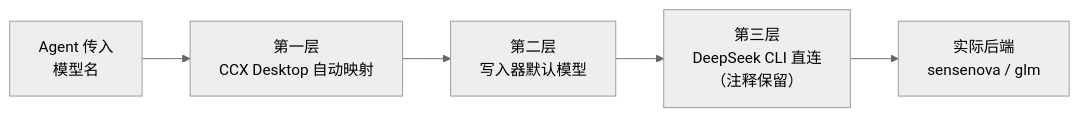
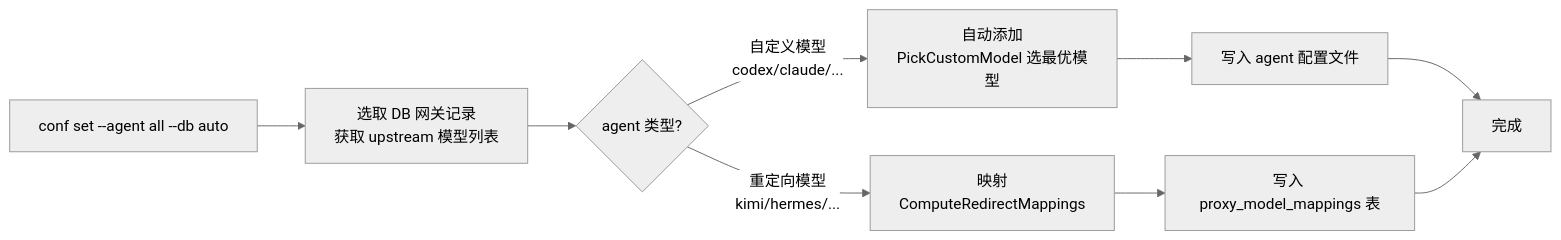
Before and after one commit to yejinlei/agent-nexus: the first of 3 diagrams in MANUAL.md, drawn with Mermaid (neutral theme). The commit also changed other lines of this file and 3 other files, not shown here.

First line of the commit message:
docs: 同步更新文档与配图，反映 conf set --db auto/N 新接口与模型添加/映射机制

````diff
--- a/MANUAL.md
+++ b/MANUAL.md
@@ -451,7 +497,11 @@
 ```mermaid
 flowchart LR
-    A["Agent 传入<br/>模型名"] --> B["第一层<br/>CCX Desktop 自动映射"]
-    B --> C["第二层<br/>写入器默认模型"]
-    C --> D["第三层<br/>DeepSeek CLI 直连<br/>（注释保留）"]
-    D --> E["实际后端<br/>sensenova / glm"]
+    A["conf set --agent all --db auto"] --> B["选取 DB 网关记录<br/>获取 upstream 模型列表"]
+    B --> C{"agent 类型?"}
+    C -->|"自定义模型<br/>codex/claude/..."| D["自动添加<br/>PickCustomModel 选最优模型"]
+    C -->|"重定向模型<br/>kimi/hermes/..."| E["映射<br/>ComputeRedirectMappings"]
+    D --> F["写入 agent 配置文件"]
+    E --> G["写入 proxy_model_mappings 表"]
+    F --> H["完成"]
+    G --> H
 ```
````
